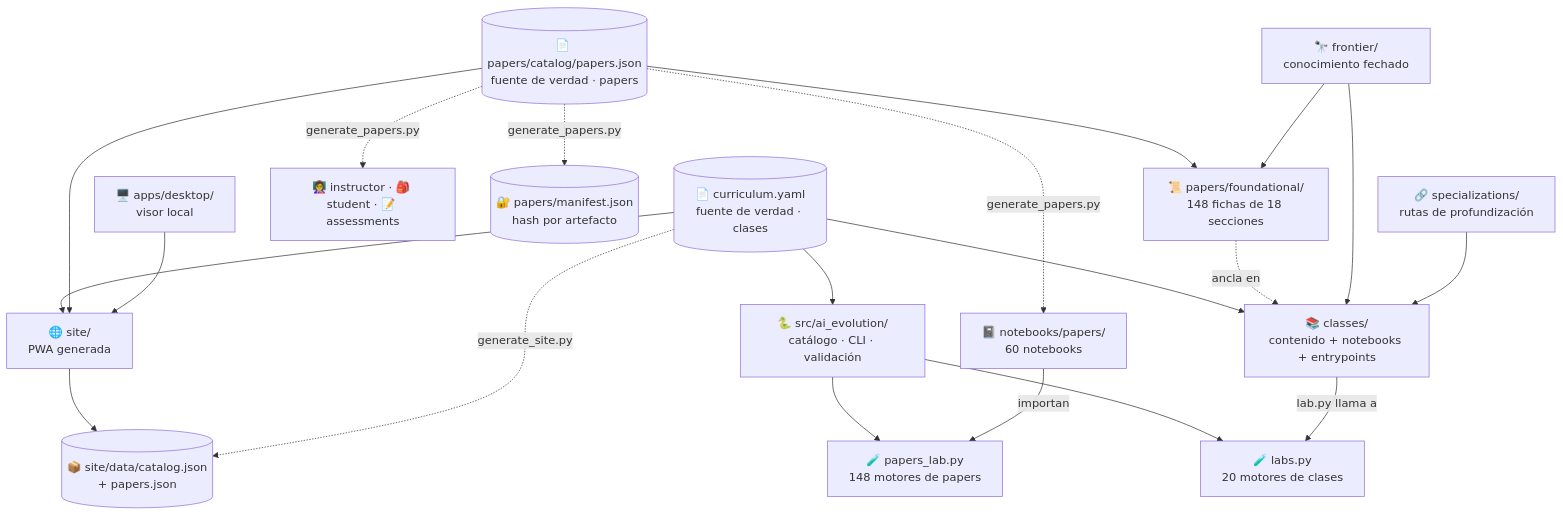
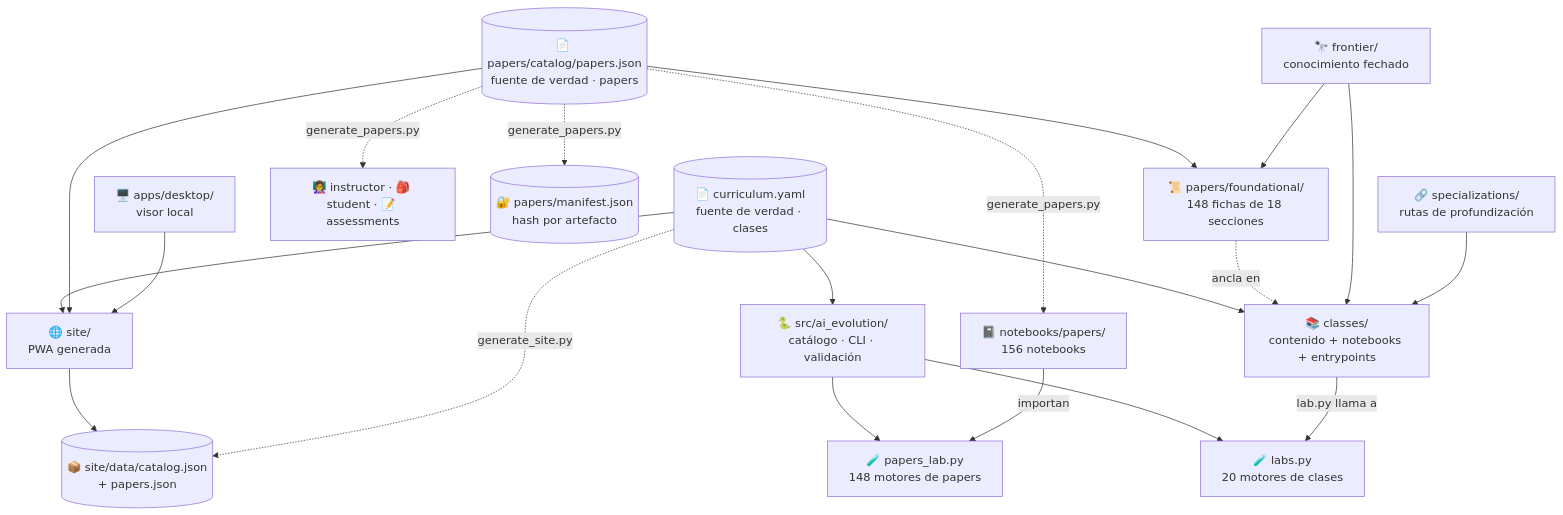
Before and after one commit to vladimiracunadev-create/artificial-intelligence-evolution-program: the diagram in docs/ARCHITECTURE.md, drawn with Mermaid. The commit also changed other lines of this file and 202 other files, not shown here.

````diff
--- a/docs/ARCHITECTURE.md
+++ b/docs/ARCHITECTURE.md
@@ -9,24 +9,24 @@
 ```mermaid
 flowchart TD
     CUR[("📄 curriculum.yaml<br/>fuente de verdad · clases")] --> CLASSES["📚 classes/<br/>contenido + notebooks + entrypoints"]
     CUR --> SRC["🐍 src/ai_evolution/<br/>catálogo · CLI · validación"]
     CUR --> SITE["🌐 site/<br/>PWA generada"]
     SRC --> LABS["🧪 labs.py<br/>20 motores de clases"]
     CLASSES -->|"lab.py llama a"| LABS
 
     PAP[("📄 papers/catalog/papers.json<br/>fuente de verdad · papers")] --> FICHAS["📜 papers/foundational/<br/>148 fichas de 18 secciones"]
-    PAP -.->|"generate_papers.py"| NB["📓 notebooks/papers/<br/>60 notebooks"]
+    PAP -.->|"generate_papers.py"| NB["📓 notebooks/papers/<br/>156 notebooks"]
     PAP -.->|"generate_papers.py"| AULA["👩‍🏫 instructor · 🎒 student · 📝 assessments"]
     PAP -.->|"generate_papers.py"| MAN[("🔐 papers/manifest.json<br/>hash por artefacto")]
     PAP --> SITE
     SRC --> PLABS["🧪 papers_lab.py<br/>148 motores de papers"]
     NB -->|"importan"| PLABS
     FICHAS -.->|"ancla en"| CLASSES
 
     SITE --> CATALOG[("📦 site/data/catalog.json<br/>+ papers.json")]
     CUR -.->|"generate_site.py"| CATALOG
     DESK["🖥️ apps/desktop/<br/>visor local"] --> SITE
     FRONT["🔭 frontier/<br/>conocimiento fechado"] --> CLASSES
     FRONT --> FICHAS
     SPEC["🔗 specializations/<br/>rutas de profundización"] --> CLASSES
 ```
````
